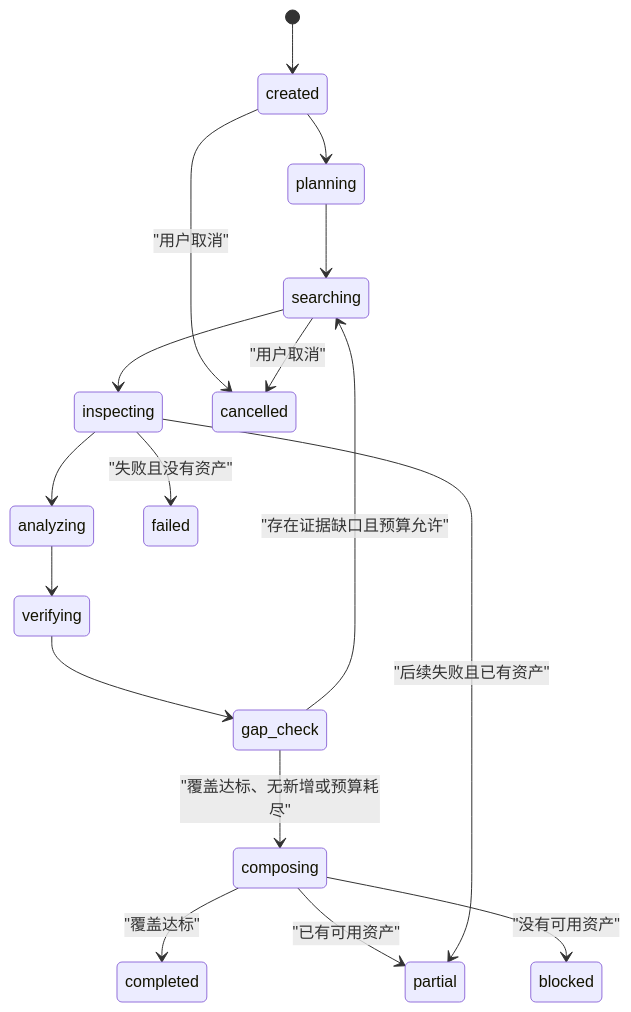
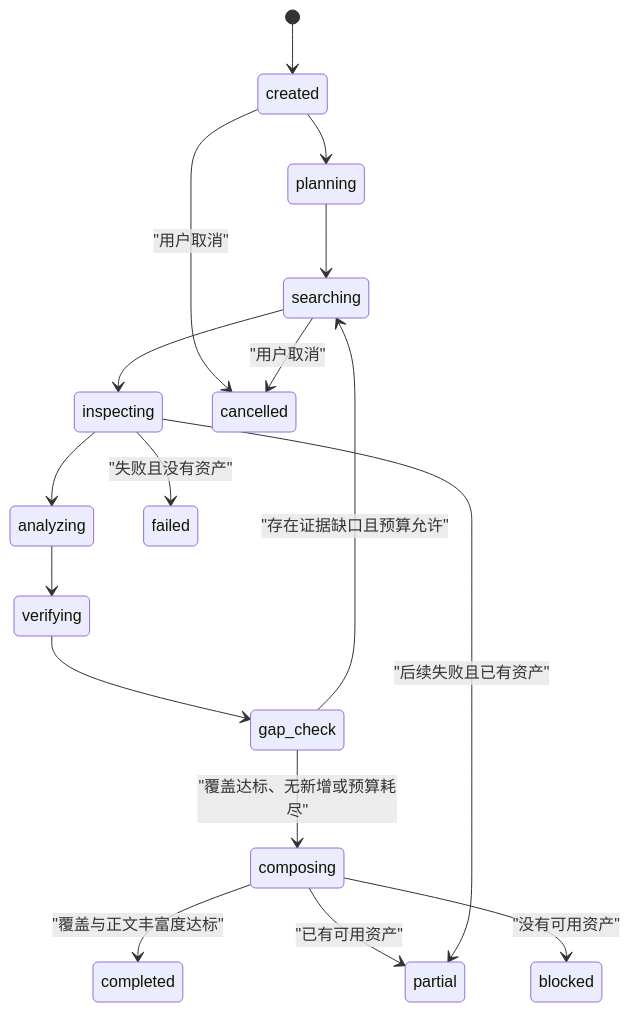
One commit to jileyu2000/archresearch changed the third of 4 diagrams in docs/architecture.md. Above: the diagram before and after it, drawn with Mermaid. The commit also changed other lines of this file and 15 other files, not shown here.

Commit message:
Publish evidence-grounded agent architecture

````diff
--- a/docs/architecture.md
+++ b/docs/architecture.md
@@ -37,19 +61,19 @@
 ```mermaid
 stateDiagram-v2
     [*] --> created
     created --> planning
     planning --> searching
     searching --> inspecting
     inspecting --> analyzing
     analyzing --> verifying
     verifying --> gap_check
     gap_check --> searching: "存在证据缺口且预算允许"
     gap_check --> composing: "覆盖达标、无新增或预算耗尽"
-    composing --> completed: "覆盖达标"
+    composing --> completed: "覆盖与正文丰富度达标"
     composing --> partial: "已有可用资产"
     composing --> blocked: "没有可用资产"
     created --> cancelled: "用户取消"
     searching --> cancelled: "用户取消"
     inspecting --> partial: "后续失败且已有资产"
     inspecting --> failed: "失败且没有资产"
 ```
````
